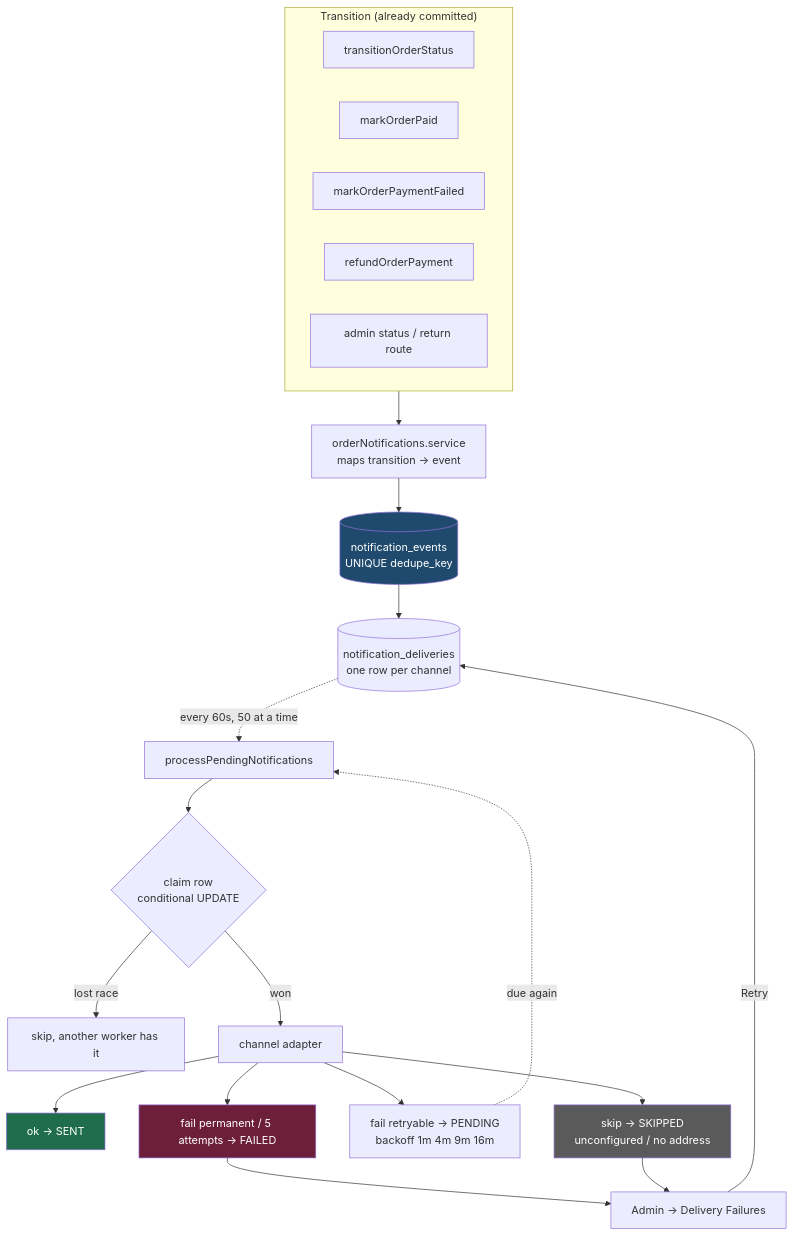
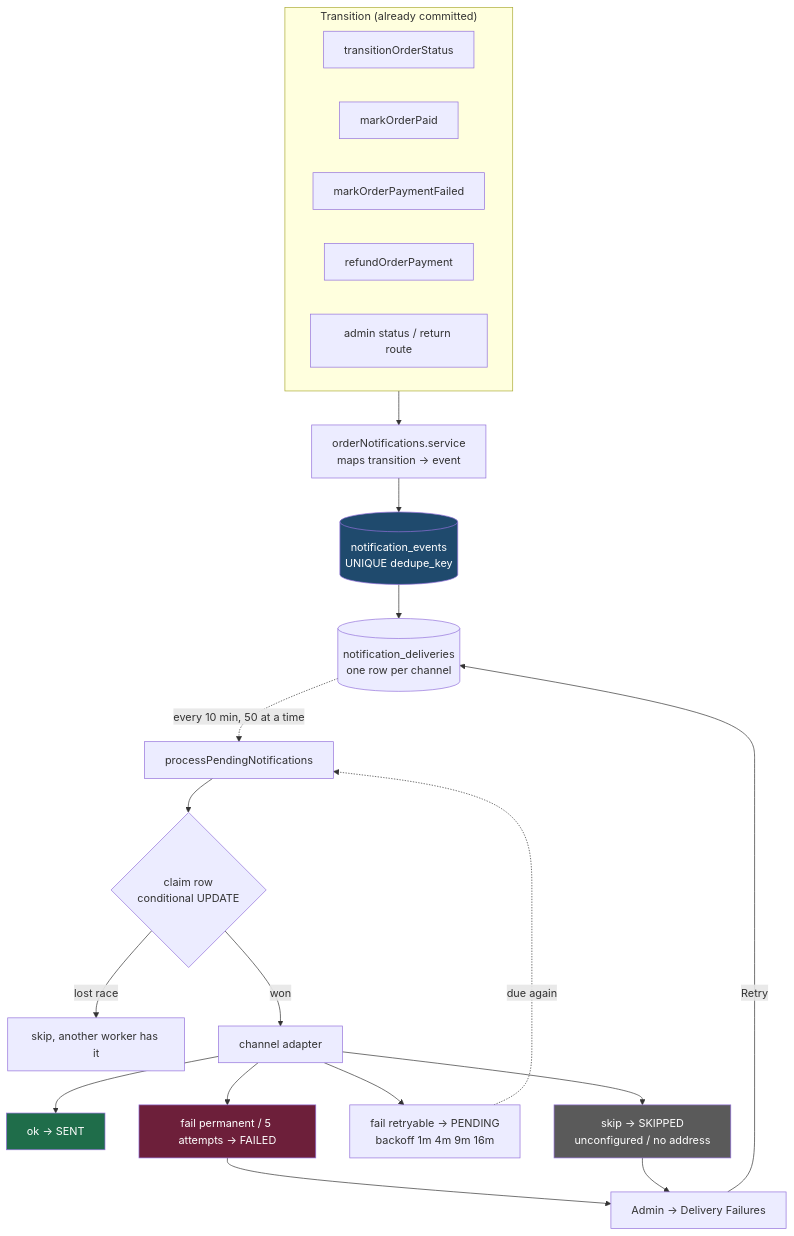
One commit to aegnova142/glamik changed the diagram in docs/order-flow/10-notifications.md. Above: the diagram before and after it, drawn with Mermaid. The commit also changed other lines of this file and 2 other files, not shown here.

````diff
--- a/docs/order-flow/10-notifications.md
+++ b/docs/order-flow/10-notifications.md
@@ -36,34 +36,34 @@
 ```mermaid
 flowchart TD
     subgraph T["Transition (already committed)"]
       A1[transitionOrderStatus] 
       A2[markOrderPaid]
       A3[markOrderPaymentFailed]
       A4[refundOrderPayment]
       A5[admin status / return route]
     end
 
     T --> M[orderNotifications.service<br/>maps transition → event]
     M --> E[("notification_events<br/>UNIQUE dedupe_key")]
     E --> D[("notification_deliveries<br/>one row per channel")]
 
-    D -.->|"every 60s, 50 at a time"| W[processPendingNotifications]
+    D -.->|"every 10 min, 50 at a time"| W[processPendingNotifications]
     W --> CL{claim row<br/>conditional UPDATE}
     CL -->|lost race| X[skip, another worker has it]
     CL -->|won| CH[channel adapter]
 
     CH --> R1[ok → SENT]
     CH --> R2[skip → SKIPPED<br/>unconfigured / no address]
     CH --> R3[fail retryable → PENDING<br/>backoff 1m 4m 9m 16m]
     CH --> R4[fail permanent / 5 attempts → FAILED]
 
     R3 -.->|due again| W
     R4 --> P[Admin → Delivery Failures]
     R2 --> P
     P -->|Retry| D
 
     style E fill:#1f4a6d,color:#fff
     style R4 fill:#6d1f3a,color:#fff
     style R2 fill:#5a5a5a,color:#fff
     style R1 fill:#1f6d4a,color:#fff
 ```
````
